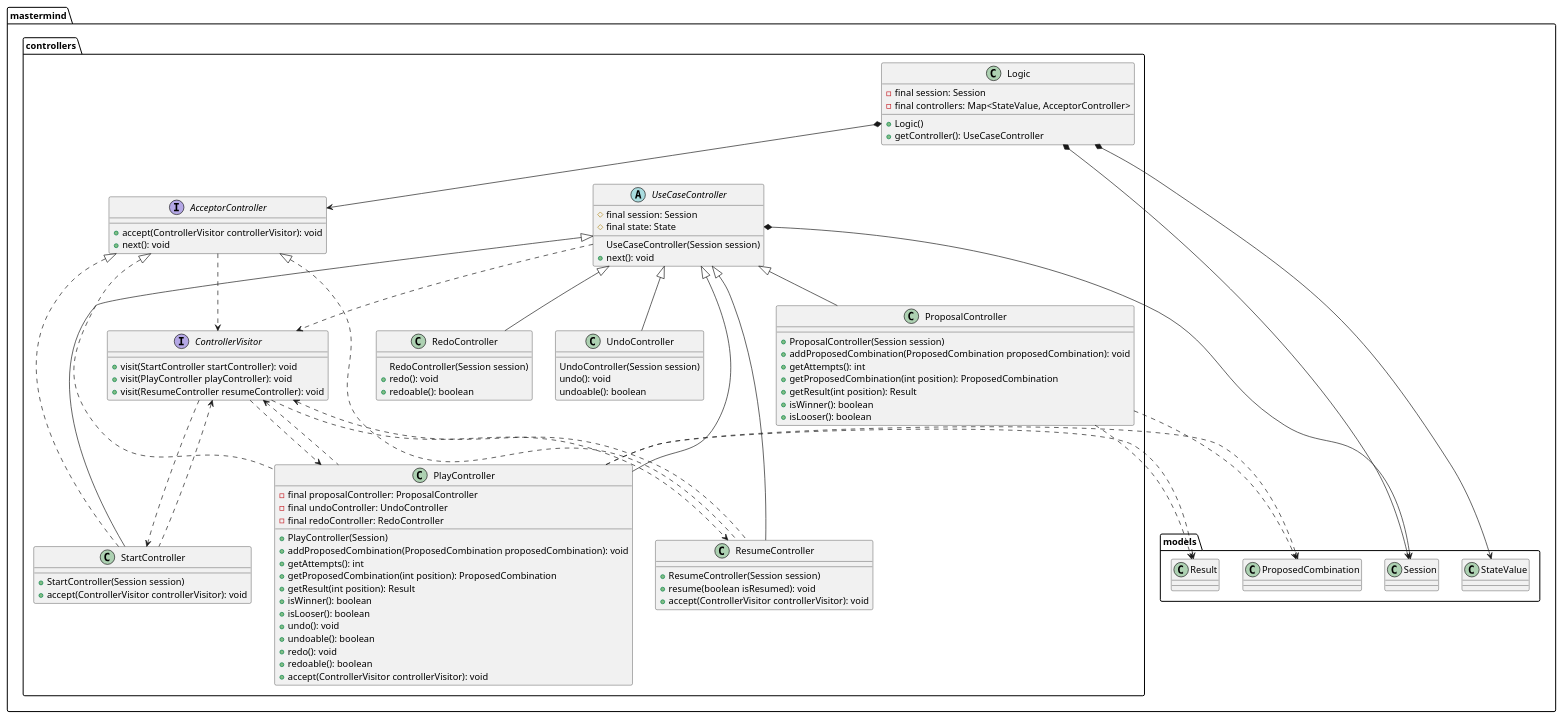
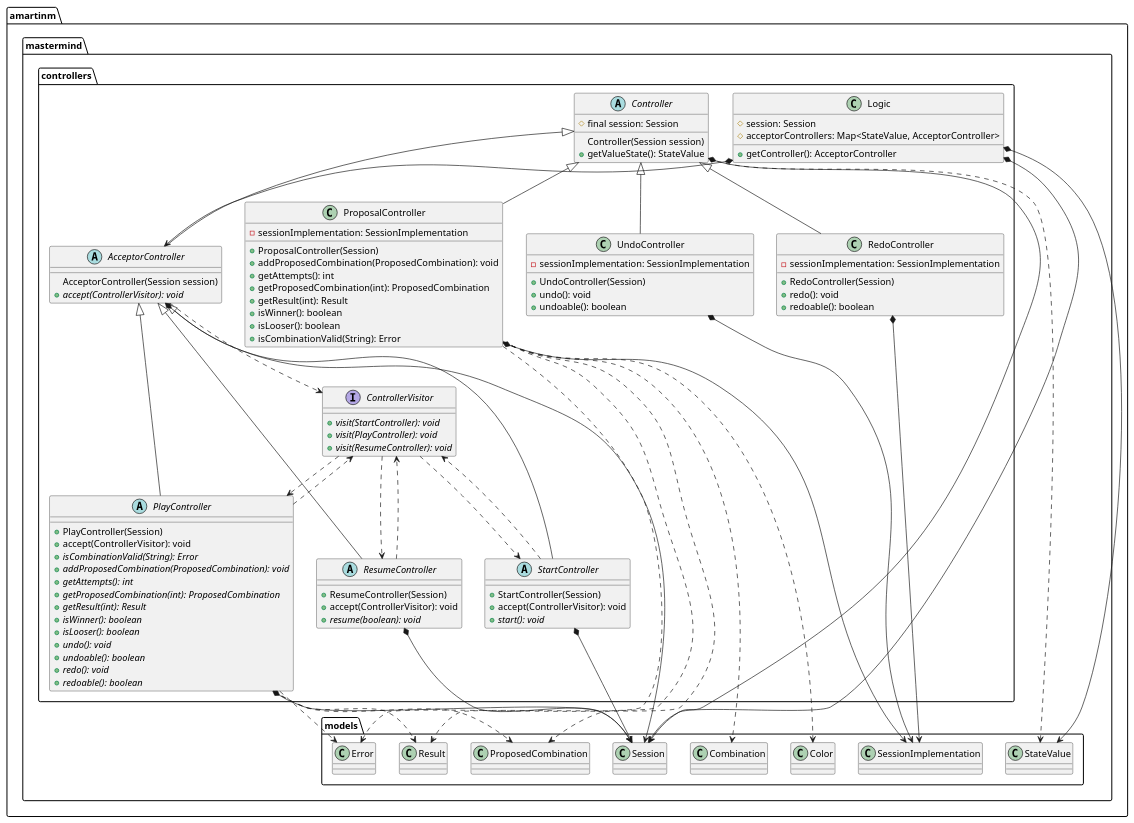
One commit to amartinm82/mastermind changed the fifth of 12 diagrams in docs/src/docs/asciidoc/index.adoc. Above: the diagram before and after it, drawn with PlantUML. The commit also changed other lines of this file and 29 other files, not shown here.

```diff
--- a/docs/src/docs/asciidoc/index.adoc
+++ b/docs/src/docs/asciidoc/index.adoc
@@ -466,104 +442,116 @@
 [plantuml,paqueteMastermindController,svg]
 ....
+namespace amartinm.mastermind.controllers {
+    abstract class AcceptorController {
+        AcceptorController(Session session)
+        {abstract} +accept(ControllerVisitor): void
+    }
+    Controller <|-- AcceptorController
+    AcceptorController *--> amartinm.mastermind.models.Session
+    AcceptorController ..> ControllerVisitor
+    AcceptorController <|-- StartController
+    AcceptorController <|-- ResumeController
+    AcceptorController <|-- PlayController
 
-interface mastermind.controllers.ControllerVisitor {
-+ visit(StartController startController): void
-+ visit(PlayController playController): void
-+ visit(ResumeController resumeController): void
+    abstract class Controller {
+        #final session: Session
+        Controller(Session session)
+        +getValueState(): StateValue
+    }
+    Controller *--> amartinm.mastermind.models.Session
+    Controller ..> amartinm.mastermind.models.StateValue
+    Controller <|-- RedoController
+    Controller <|-- ProposalController
+    Controller <|-- UndoController
+
+    interface ControllerVisitor {
+        {abstract} +visit(StartController): void
+        {abstract} +visit(PlayController): void
+        {abstract} +visit(ResumeController): void
+    }
+    ControllerVisitor ..> StartController
+    ControllerVisitor ..> ResumeController
+    ControllerVisitor ..> PlayController
+
+    class Logic {
+        #session: Session
+        #acceptorControllers: Map<StateValue, AcceptorController>
+        + getController(): AcceptorController
+    }
+    Logic *--> amartinm.mastermind.models.Session
+    Logic *--> amartinm.mastermind.models.StateValue
+    Logic *--> AcceptorController
+
+    abstract class PlayController {
+        +PlayController(Session)
+        +accept(ControllerVisitor): void
+        {abstract} +isCombinationValid(String): Error
+        {abstract} +addProposedCombination(ProposedCombination): void
+        {abstract} +getAttempts(): int
+        {abstract} +getProposedCombination(int): ProposedCombination
+        {abstract} +getResult(int): Result
+        {abstract} +isWinner(): boolean
+        {abstract} +isLooser(): boolean
+        {abstract} +undo(): void
+        {abstract} +undoable(): boolean
+        {abstract} +redo(): void
+        {abstract} +redoable(): boolean
+    }
+    PlayController *--> amartinm.mastermind.models.Session
+    PlayController ..> amartinm.mastermind.models.Error
+    PlayController ..> amartinm.mastermind.models.ProposedCombination
+    PlayController ..> amartinm.mastermind.models.Result
+    PlayController ..> ControllerVisitor
+
+    class ProposalController {
+        -sessionImplementation: SessionImplementation
+        +ProposalController(Session)
+        +addProposedCombination(ProposedCombination): void
+        +getAttempts(): int
+        +getProposedCombination(int): ProposedCombination
+        +getResult(int): Result
+        +isWinner(): boolean
+        +isLooser(): boolean
+        +isCombinationValid(String): Error
+    }
+    ProposalController *--> amartinm.mastermind.models.SessionImplementation
+    ProposalController ..> amartinm.mastermind.models.ProposedCombination
+    ProposalController ..> amartinm.mastermind.models.Result
+    ProposalController ..> amartinm.mastermind.models.Error
+    ProposalController ..> amartinm.mastermind.models.Combination
+    ProposalController ..> amartinm.mastermind.models.Color
+
+    class RedoController {
+        -sessionImplementation: SessionImplementation
+        +RedoController(Session)
+        +redo(): void
+        +redoable(): boolean
+    }
+    RedoController *--> amartinm.mastermind.models.SessionImplementation
+
+    abstract class ResumeController {
+        +ResumeController(Session)
+        +accept(ControllerVisitor): void
+        {abstract} +resume(boolean): void
+    }
+    ResumeController *--> amartinm.mastermind.models.Session
+    ResumeController ..> ControllerVisitor
+
+    abstract class StartController {
+        +StartController(Session)
+        +accept(ControllerVisitor): void
+        {abstract} +start(): void
+    }
+    StartController *--> amartinm.mastermind.models.Session
+    StartController ..> ControllerVisitor
+
+    class UndoController {
+        -sessionImplementation: SessionImplementation
+        +UndoController(Session)
+        +undo(): void
+        +undoable(): boolean
+    }
+    UndoController *--> amartinm.mastermind.models.SessionImplementation
 }
 
-mastermind.controllers.ControllerVisitor .down.> mastermind.controllers.StartController
-mastermind.controllers.ControllerVisitor .down.> mastermind.controllers.PlayController
-mastermind.controllers.ControllerVisitor .down.> mastermind.controllers.ResumeController
-
-class mastermind.controllers.Logic {
-- final session: Session
-- final controllers: Map<StateValue, AcceptorController>
-+ Logic()
-+ getController(): UseCaseController
-}
-
-mastermind.controllers.Logic *-up-> mastermind.models.Session
-mastermind.controllers.Logic *-up-> mastermind.models.StateValue
-mastermind.controllers.Logic *-down-> mastermind.controllers.AcceptorController
-
-abstract class mastermind.controllers.UseCaseController {
-# final session: Session
-# final state: State
-UseCaseController(Session session)
-+ next(): void
-}
-
-mastermind.controllers.UseCaseController *-up-> mastermind.models.Session
-mastermind.controllers.UseCaseController .down.> mastermind.controllers.ControllerVisitor
-
-class mastermind.controllers.PlayController extends mastermind.controllers.UseCaseController implements mastermind.controllers.AcceptorController{
-- final proposalController: ProposalController
-- final undoController: UndoController
-- final redoController: RedoController
-
-+ PlayController(Session)
-+ addProposedCombination(ProposedCombination proposedCombination): void
-+ getAttempts(): int
-+ getProposedCombination(int position): ProposedCombination
-+ getResult(int position): Result
-+ isWinner(): boolean
-+ isLooser(): boolean
-+ undo(): void
-+ undoable(): boolean
-+ redo(): void
-+ redoable(): boolean
-+ accept(ControllerVisitor controllerVisitor): void
-}
-
-mastermind.controllers.PlayController .up.> mastermind.controllers.ControllerVisitor
-mastermind.controllers.PlayController .down.> mastermind.models.ProposedCombination
-mastermind.controllers.PlayController .down.> mastermind.models.Result
-
-class mastermind.controllers.ResumeController extends mastermind.controllers.UseCaseController implements mastermind.controllers.AcceptorController {
-+ ResumeController(Session session)
-+ resume(boolean isResumed): void
-+ accept(ControllerVisitor controllerVisitor): void
-}
-
-mastermind.controllers.ResumeController .up.> mastermind.controllers.ControllerVisitor
-
-class mastermind.controllers.StartController extends mastermind.controllers.UseCaseController implements mastermind.controllers.AcceptorController {
-+StartController(Session session)
-+ accept(ControllerVisitor controllerVisitor): void
-}
-
-mastermind.controllers.StartController .up.> mastermind.controllers.ControllerVisitor
-
-interface mastermind.controllers.AcceptorController {
-+ accept(ControllerVisitor controllerVisitor): void
-+ next(): void
-}
-
-mastermind.controllers.AcceptorController .down.> mastermind.controllers.ControllerVisitor
-
-class mastermind.controllers.ProposalController extends mastermind.controllers.UseCaseController {
-+ ProposalController(Session session)
-+ addProposedCombination(ProposedCombination proposedCombination): void
-+ getAttempts(): int
-+ getProposedCombination(int position): ProposedCombination
-+ getResult(int position): Result
-+ isWinner(): boolean
-+ isLooser(): boolean
-}
-
-mastermind.controllers.ProposalController .down.> mastermind.models.ProposedCombination
-mastermind.controllers.ProposalController .down.> mastermind.models.Result
-
-class mastermind.controllers.RedoController extends mastermind.controllers.UseCaseController {
-RedoController(Session session)
-+ redo(): void
-+ redoable(): boolean
-}
-
-class mastermind.controllers.UndoController extends mastermind.controllers.UseCaseController {
-UndoController(Session session)
-undo(): void
-undoable(): boolean
-}
 ....
```
